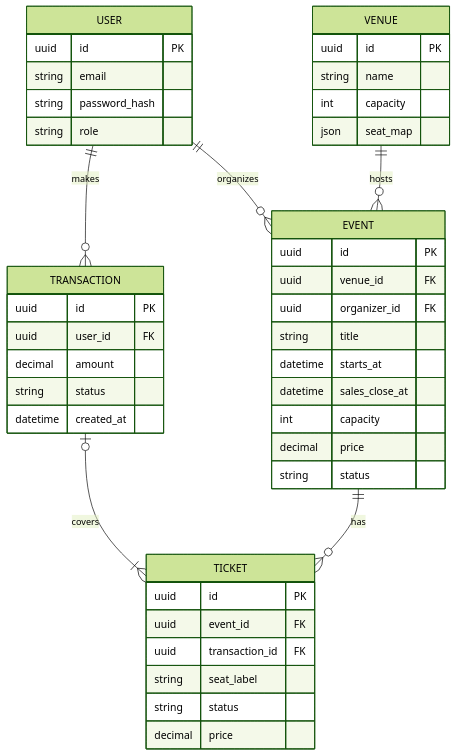
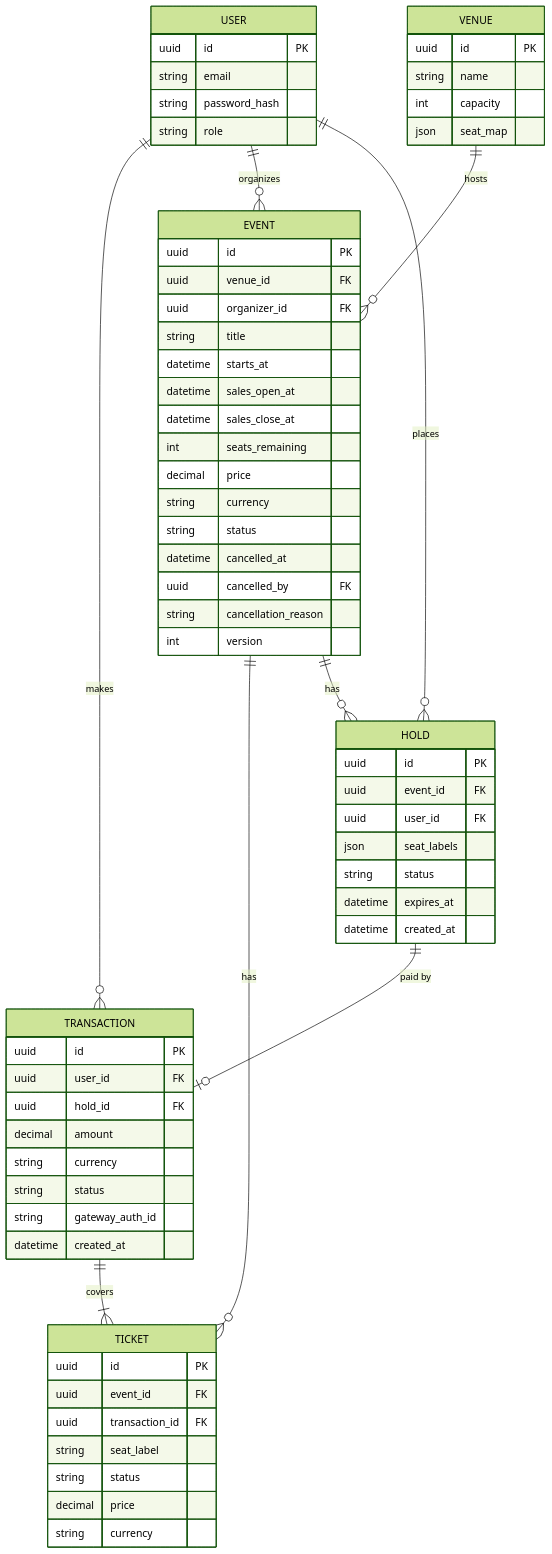
The third of 4 diagrams in docs/ARCHITECTURE.md (hrytsykvl/Ticketium), drawn with Mermaid (forest theme) before and after one commit. The commit also changed other lines of this file and 6 other files, not shown here.

````diff
--- a/docs/ARCHITECTURE.md
+++ b/docs/ARCHITECTURE.md
@@ -80,47 +130,69 @@
 ```mermaid
 erDiagram
     USER ||--o{ TRANSACTION : makes
     USER ||--o{ EVENT : organizes
     VENUE ||--o{ EVENT : hosts
     EVENT ||--o{ TICKET : has
-    TRANSACTION |o--|{ TICKET : covers
+    USER ||--o{ HOLD : places
+    EVENT ||--o{ HOLD : has
+    HOLD ||--o| TRANSACTION : "paid by"
+    TRANSACTION ||--|{ TICKET : covers
 
     USER {
         uuid id PK
         string email
         string password_hash
         string role
     }
     VENUE {
         uuid id PK
         string name
         int capacity
         json seat_map
     }
     EVENT {
         uuid id PK
         uuid venue_id FK
         uuid organizer_id FK
         string title
         datetime starts_at
+        datetime sales_open_at
         datetime sales_close_at
-        int capacity
+        int seats_remaining
         decimal price
+        string currency
         string status
+        datetime cancelled_at
+        uuid cancelled_by FK
+        string cancellation_reason
+        int version
+    }
+    HOLD {
+        uuid id PK
+        uuid event_id FK
+        uuid user_id FK
+        json seat_labels
+        string status
+        datetime expires_at
+        datetime created_at
     }
     TICKET {
         uuid id PK
         uuid event_id FK
         uuid transaction_id FK
         string seat_label
         string status
         decimal price
+        string currency
     }
     TRANSACTION {
         uuid id PK
         uuid user_id FK
+        uuid hold_id FK
         decimal amount
+        string currency
         string status
+        string gateway_auth_id
         datetime created_at
     }
 ```
````
